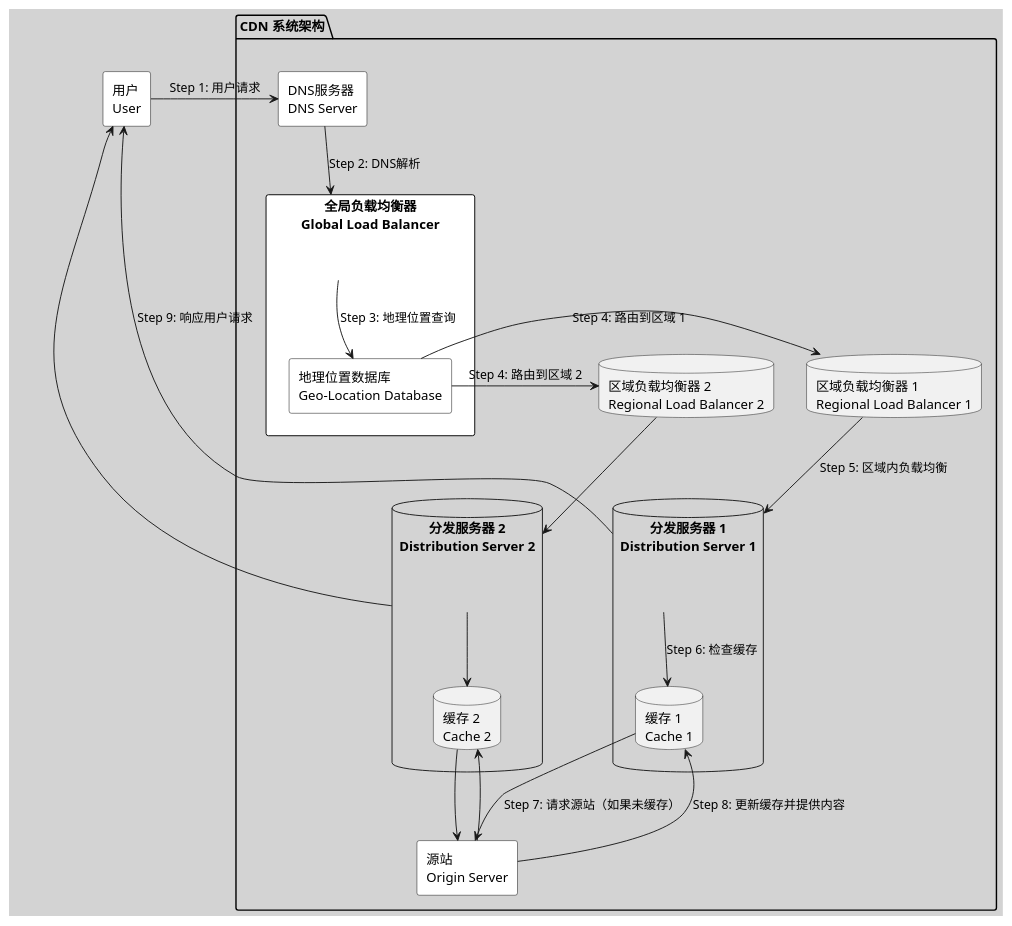
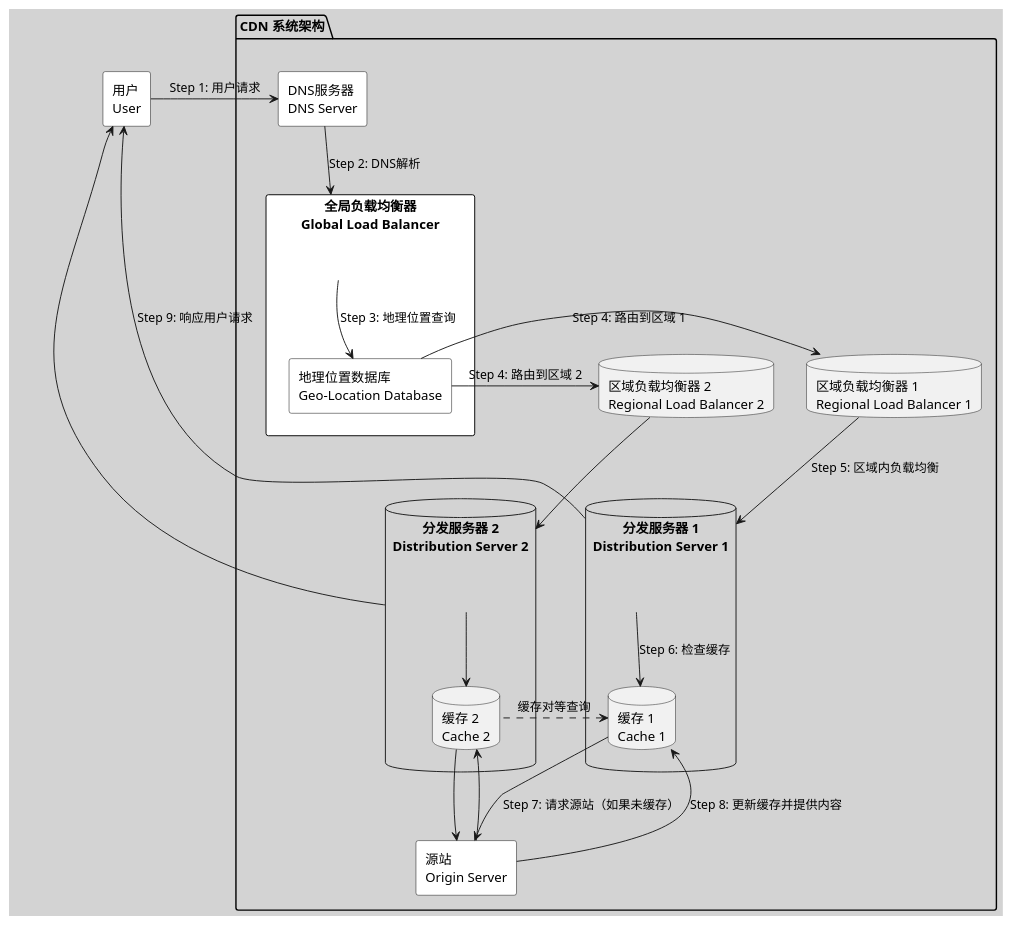
Before and after one commit to huangyingw/system_design: the diagram in architecture_diagrams/cdn_architecture_diagram.puml, drawn with PlantUML.

```diff
--- a/architecture_diagrams/cdn_architecture_diagram.puml
+++ b/architecture_diagrams/cdn_architecture_diagram.puml
@@ -1,48 +1,50 @@
 @startuml
 skinparam backgroundColor #D3D3D3
 skinparam rectangle {
   BackgroundColor White
   BorderColor Black
   Shadowing false
 }
 
 package "CDN 系统架构" {
     RECTANGLE "源站\nOrigin Server" as Origin
     
     RECTANGLE "全局负载均衡器\nGlobal Load Balancer" as GLB {
         RECTANGLE "地理位置数据库\nGeo-Location Database" as GeoDB
     }
     
     DATABASE "区域负载均衡器 1\nRegional Load Balancer 1" as RLB1
     DATABASE "区域负载均衡器 2\nRegional Load Balancer 2" as RLB2
     
     DATABASE "分发服务器 1\nDistribution Server 1" as DS1 {
         DATABASE "缓存 1\nCache 1" as Cache1
     }
     
     DATABASE "分发服务器 2\nDistribution Server 2" as DS2 {
         DATABASE "缓存 2\nCache 2" as Cache2
     }
 
     RECTANGLE "DNS服务器\nDNS Server" as DNSServer
 
     DNSServer -down-> GLB : "Step 2: DNS解析"
     GLB -down-> GeoDB : "Step 3: 地理位置查询"
     GeoDB -left-> RLB1 : "Step 4: 路由到区域 1"
     GeoDB -right-> RLB2 : "Step 4: 路由到区域 2"
     RLB1 -down-> DS1 : "Step 5: 区域内负载均衡"
     RLB2 -down-> DS2
     DS1 -down-> Cache1 : "Step 6: 检查缓存"
     DS2 -down-> Cache2
     Cache1 -down-> Origin : "Step 7: 请求源站（如果未缓存）"
     Cache2 -down-> Origin
     Origin -up-> Cache1 : "Step 8: 更新缓存并提供内容"
     Origin -up-> Cache2
+    Cache1 -[hidden]right-> Cache2
+    Cache2 -[dashed]left-> Cache1 : "缓存对等查询"
 }
 
 RECTANGLE "用户\nUser" as User
 User -right-> DNSServer : "Step 1: 用户请求"
 DS1 -up-> User : "Step 9: 响应用户请求"
 DS2 -up-> User
 
 @enduml
```
